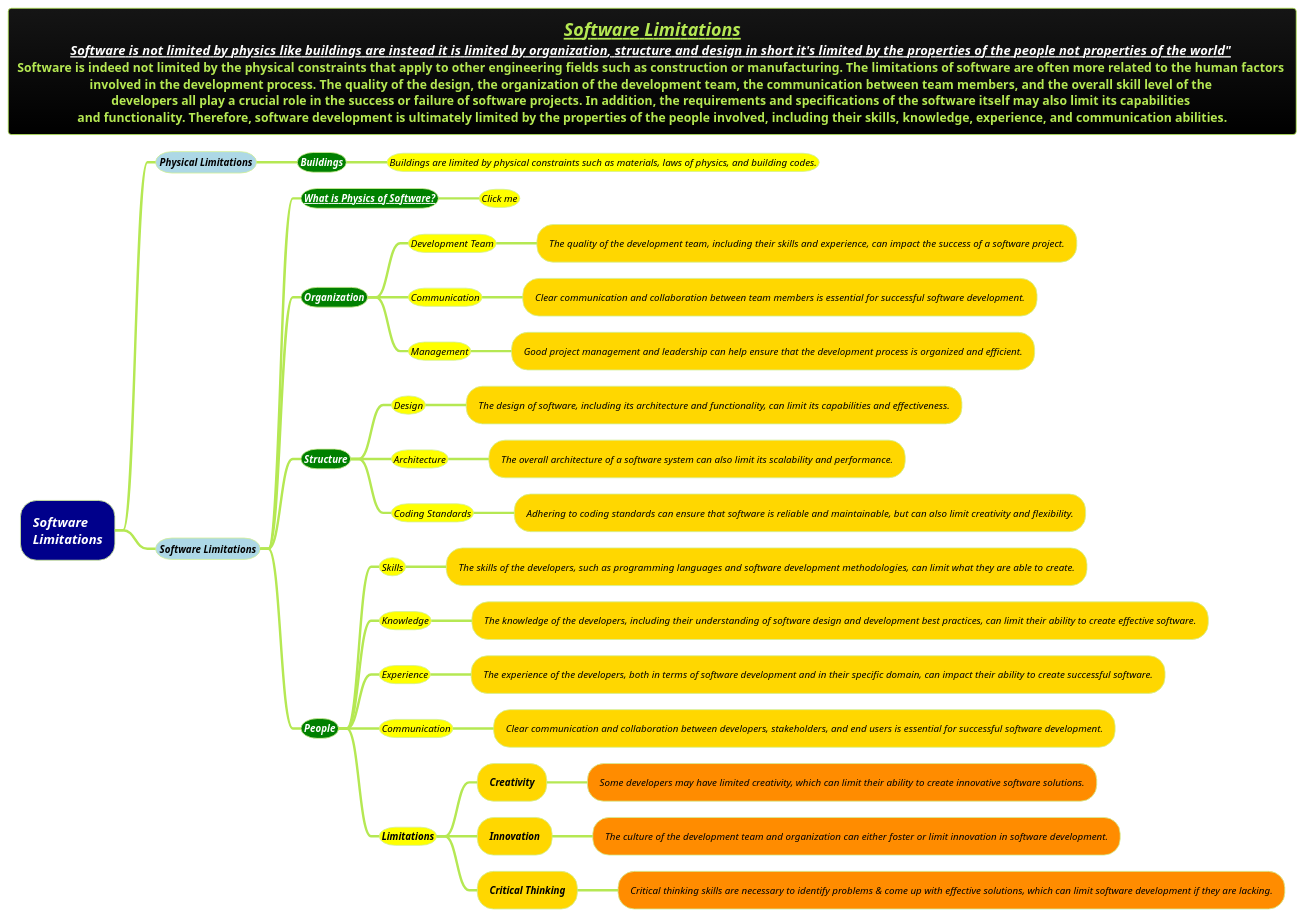
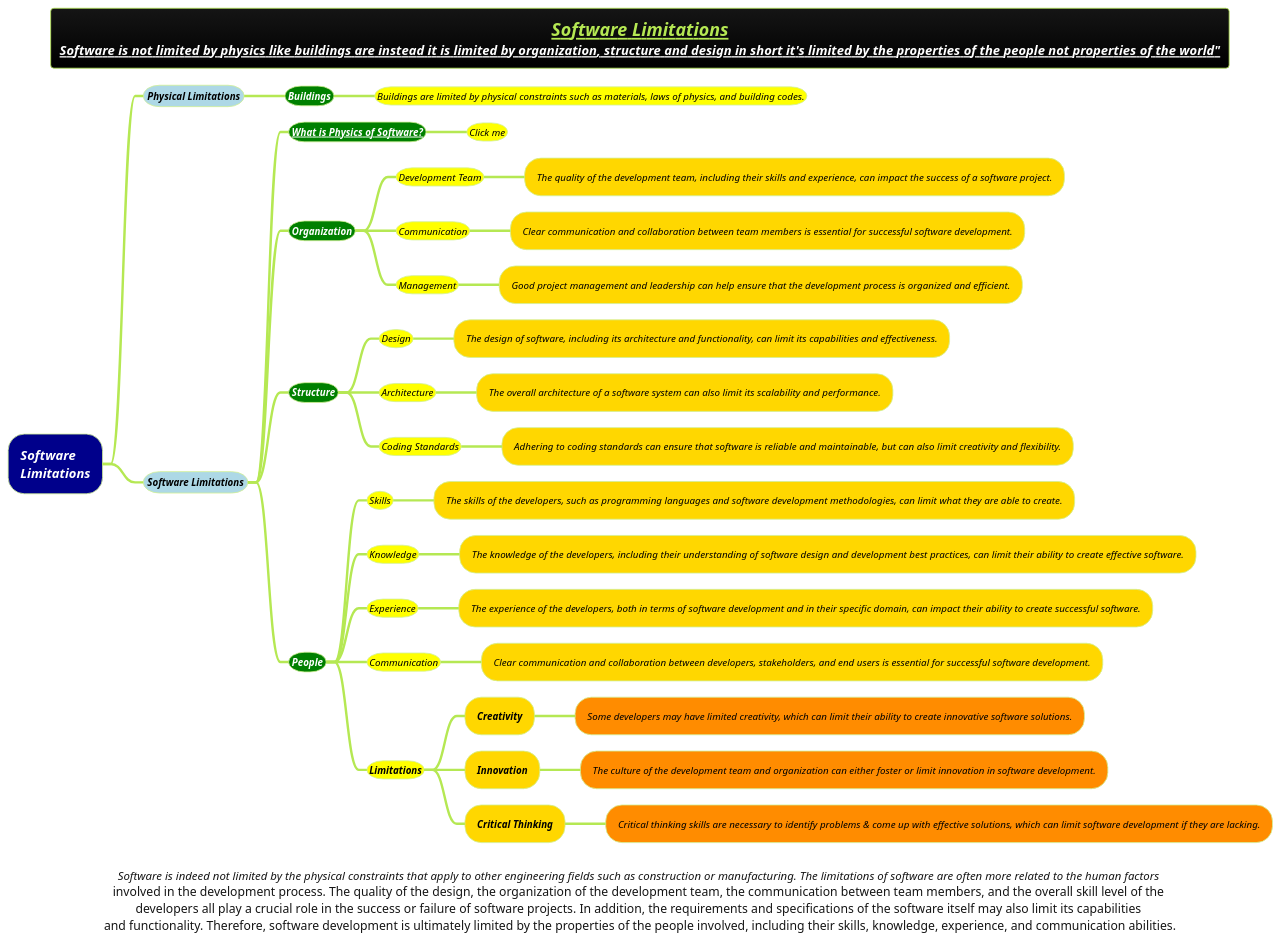
The diagram in docs/1-Requirement-Engineering/Software-Limitations.puml (MehmoodHashmi/Documentation-as-Code-DaC), drawn with PlantUML before and after one commit. The commit also changed 31 other files, not shown here.

```diff
--- a/docs/1-Requirement-Engineering/Software-Limitations.puml
+++ b/docs/1-Requirement-Engineering/Software-Limitations.puml
@@ -1,42 +1,44 @@
 @startmindmap
-title =<b><i><u><size:18>Software Limitations \n<color #white><b><i><u><size:16>Software is not limited by physics like buildings are instead it is limited by organization, structure and design in short it's limited by the properties of the people not properties of the world" \n<size:15>Software is indeed not limited by the physical constraints that apply to other engineering fields such as construction or manufacturing. The limitations of software are often more related to the human factors \n<size:15>involved in the development process. The quality of the design, the organization of the development team, the communication between team members, and the overall skill level of the \n<size:15>developers all play a crucial role in the success or failure of software projects. In addition, the requirements and specifications of the software itself may also limit its capabilities \n<size:15>and functionality. Therefore, software development is ultimately limited by the properties of the people involved, including their skills, knowledge, experience, and communication abilities.
+title =<b><i><u><size:18>Software Limitations \n<color #white><b><i><u><size:16>Software is not limited by physics like buildings are instead it is limited by organization, structure and design in short it's limited by the properties of the people not properties of the world"
+caption <i>Software is indeed not limited by the physical constraints that apply to other engineering fields such as construction or manufacturing. The limitations of software are often more related to the human factors \n<size:15>involved in the development process. The quality of the design, the organization of the development team, the communication between team members, and the overall skill level of the \n<size:15>developers all play a crucial role in the success or failure of software projects. In addition, the requirements and specifications of the software itself may also limit its capabilities \n<size:15>and functionality. Therefore, software development is ultimately limited by the properties of the people involved, including their skills, knowledge, experience, and communication abilities.
+
 !theme hacker
 
 *[#darkblue] <i><color #white>Software \n<i><color #white>Limitations
 **[#lightblue] <i><color #black><size:12>Physical Limitations
 ***[#green] <b><i><color #white><size:12>Buildings
 ****[#yellow] <i><color #black><size:12>Buildings are limited by physical constraints such as materials, laws of physics, and building codes.
 **[#lightblue] <i><color #black><size:12>Software Limitations
 ***[#green] <b><i><color #white><size:12>[[docs/3-programming-languages/Venkat-Subramaniam/images/img_239.png What is Physics of Software?]]
 ****[#yellow] <i><color #black><size:12>Click me
 ***[#green] <b><i><color #white><size:12>Organization
 ****[#yellow] <i><color #black><size:12>Development Team
 *****[#gold] <i><color #black><size:12>The quality of the development team, including their skills and experience, can impact the success of a software project.
 ****[#yellow] <i><color #black><size:12>Communication
 *****[#gold] <i><color #black><size:12>Clear communication and collaboration between team members is essential for successful software development.
 ****[#yellow] <i><color #black><size:12>Management
 *****[#gold] <i><color #black><size:12>Good project management and leadership can help ensure that the development process is organized and efficient.
 ***[#green] <b><i><color #white><size:12>Structure
 ****[#yellow] <i><color #black><size:12>Design
 *****[#gold] <i><color #black><size:12>The design of software, including its architecture and functionality, can limit its capabilities and effectiveness.
 ****[#yellow] <i><color #black><size:12>Architecture
 *****[#gold] <i><color #black><size:12>The overall architecture of a software system can also limit its scalability and performance.
 ****[#yellow] <i><color #black><size:12>Coding Standards
 *****[#gold] <i><color #black><size:12>Adhering to coding standards can ensure that software is reliable and maintainable, but can also limit creativity and flexibility.
 ***[#green] <b><i><color #white><size:12>People
 ****[#yellow] <i><color #black><size:12>Skills
 *****[#gold] <i><color #black><size:12>The skills of the developers, such as programming languages and software development methodologies, can limit what they are able to create.
 ****[#yellow] <i><color #black><size:12>Knowledge
 *****[#gold] <i><color #black><size:12>The knowledge of the developers, including their understanding of software design and development best practices, can limit their ability to create effective software.
 ****[#yellow] <i><color #black><size:12>Experience
 *****[#gold] <i><color #black><size:12>The experience of the developers, both in terms of software development and in their specific domain, can impact their ability to create successful software.
 ****[#yellow] <i><color #black><size:12>Communication
 *****[#gold] <i><color #black><size:12>Clear communication and collaboration between developers, stakeholders, and end users is essential for successful software development.
 ****[#yellow] <b><i><color #black><size:12>Limitations
 *****[#gold] <b><i><color #black><size:12>Creativity
 ******[#darkorange] <i><color #black><size:12>Some developers may have limited creativity, which can limit their ability to create innovative software solutions.
 *****[#gold] <b><i><color #black><size:12>Innovation
 ******[#darkorange] <i><color #black><size:12>The culture of the development team and organization can either foster or limit innovation in software development.
 *****[#gold] <b><i><color #black><size:12>Critical Thinking
 ******[#darkorange] <i><color #black><size:12>Critical thinking skills are necessary to identify problems & come up with effective solutions, which can limit software development if they are lacking.
 @endmindmap
```
